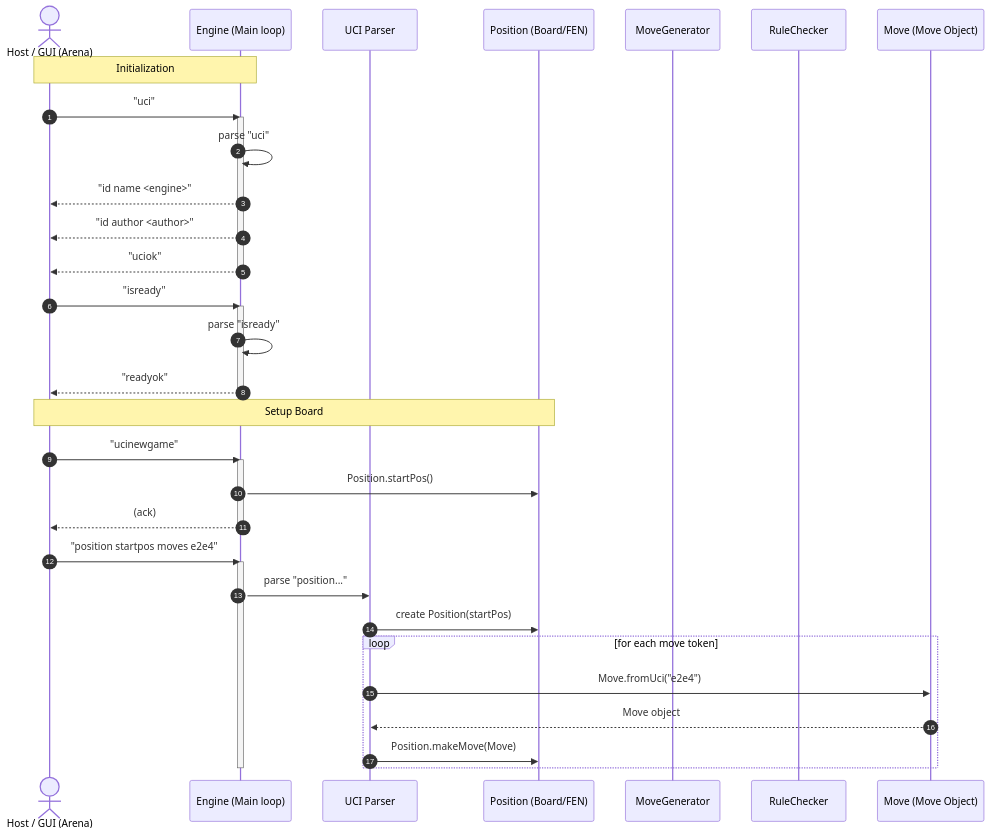
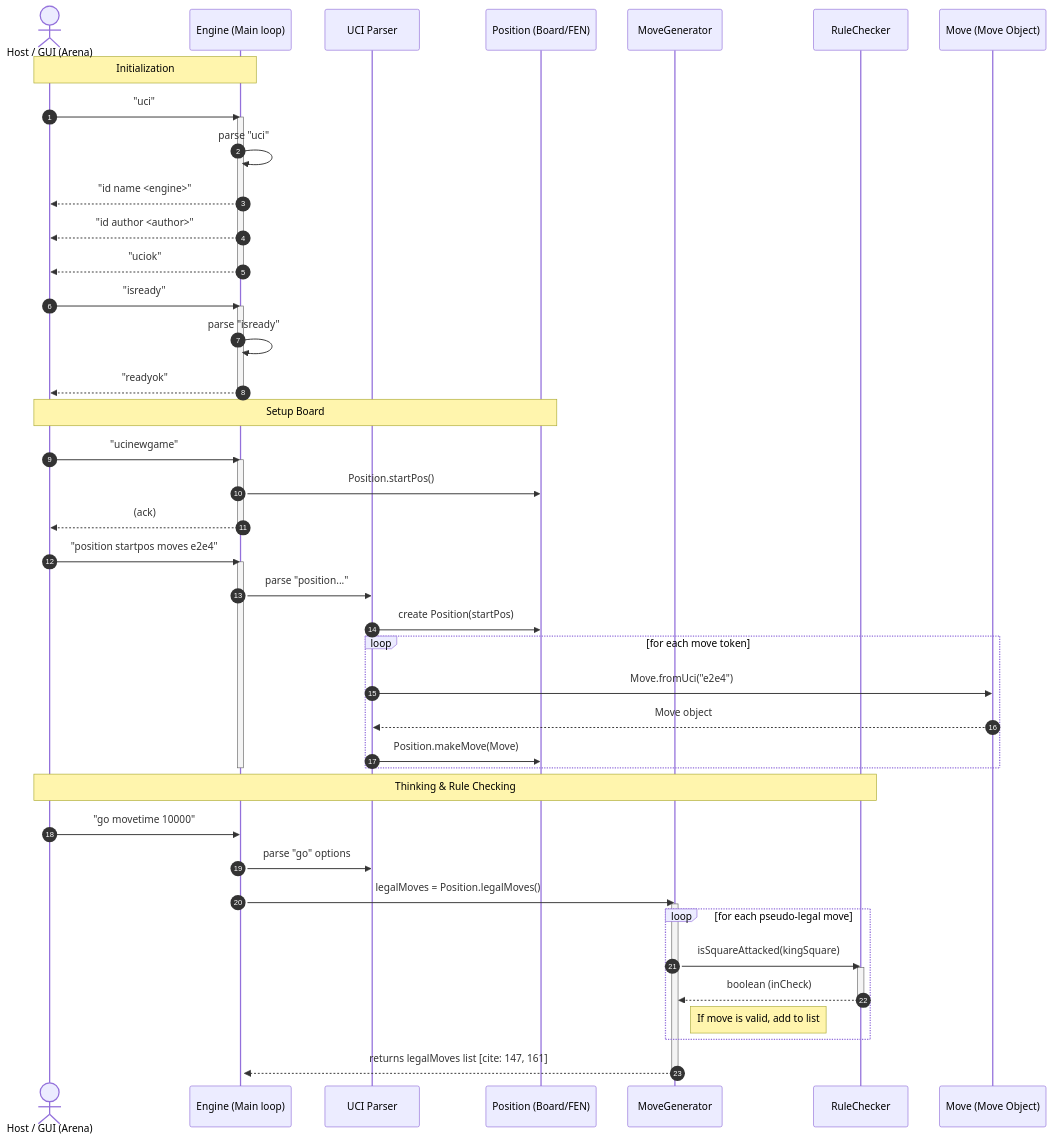
The diagram in sequenceDiagram.md (mnavarrete347/ChessGPT4), drawn with Mermaid before and after one commit.

````diff
--- a/sequenceDiagram.md
+++ b/sequenceDiagram.md
@@ -1,51 +1,73 @@
 ```mermaid
 
 sequenceDiagram
     autonumber
     
     %% Define Actors and Participants
     actor Host as Host / GUI (Arena)
     participant Engine as Engine (Main loop)
     participant Parser as UCI Parser
     participant Position as Position (Board/FEN)
     participant MoveGen as MoveGenerator
     participant Rule as RuleChecker
     participant MoveObj as Move (Move Object)
 
     %% Initialization Phase
     Note over Host, Engine: Initialization
     Host ->> Engine: "uci"
     activate Engine
     Engine ->> Engine: parse "uci"
     Engine -->> Host: "id name <engine>"
     Engine -->> Host: "id author <author>"
     Engine -->> Host: "uciok"
     deactivate Engine
 
     Host ->> Engine: "isready"
     activate Engine
     Engine ->> Engine: parse "isready"
     Engine -->> Host: "readyok"
     deactivate Engine
 
     %% New Game and Position Setup
     Note over Host, Position: Setup Board
     Host ->> Engine: "ucinewgame"
     activate Engine
     Engine ->> Position: Position.startPos()
     Engine -->> Host: (ack)
     deactivate Engine
 
     Host ->> Engine: "position startpos moves e2e4"
     activate Engine
     Engine ->> Parser: parse "position..."
     Parser ->> Position: create Position(startPos)
     
     loop for each move token
         Parser ->> MoveObj: Move.fromUci("e2e4")
         MoveObj -->> Parser: Move object
         Parser ->> Position: Position.makeMove(Move)
     end
     deactivate Engine
-     
+
+
+%% Move Generation with Rule Checker Logic [cite: 147, 154, 157, 160]
+    Note over Host, Rule: Thinking & Rule Checking
+    Host ->> Engine: "go movetime 10000"
+    activate Engine
+    Engine ->> Parser: parse "go" options
+
+    Engine ->> MoveGen: legalMoves = Position.legalMoves()
+    activate MoveGen
+
+    loop for each pseudo-legal move
+        MoveGen ->> Rule: isSquareAttacked(kingSquare)
+        activate Rule
+        Rule -->> MoveGen: boolean (inCheck)
+        deactivate Rule
+
+        Note right of MoveGen: If move is valid, add to list
+    end
+
+    MoveGen -->> Engine: returns legalMoves list [cite: 147, 161]
+    deactivate MoveGen
+
 ```
````
